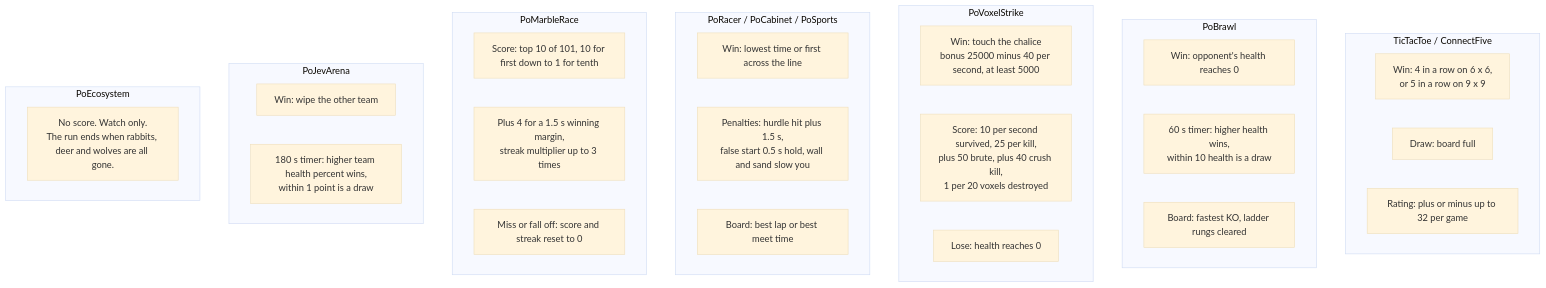
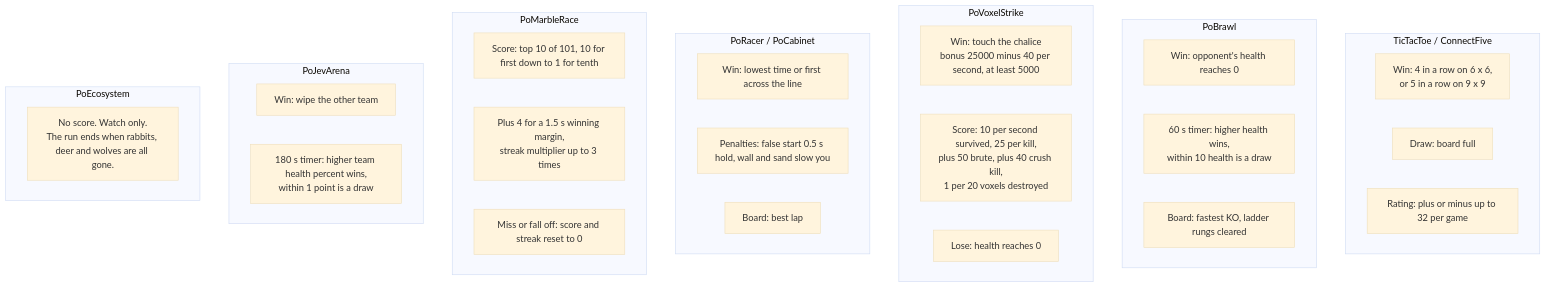
Before and after one commit to punkouter26/PoMiniGames: the eighth of 10 diagrams in DOCS/20261003/architecture_overview.md, drawn with Mermaid (base theme). The commit also changed other lines of this file and 163 other files, not shown here.

````diff
--- a/DOCS/20261003/architecture_overview.md
+++ b/DOCS/20261003/architecture_overview.md
@@ -249,35 +248,35 @@
 ```mermaid
 flowchart TB
     subgraph Board["TicTacToe / ConnectFive"]
         bw["Win: 4 in a row on 6 x 6,<br/>or 5 in a row on 9 x 9"]
         bd["Draw: board full"]
         be["Rating: plus or minus up to 32 per game"]
     end
     subgraph Brawl["PoBrawl"]
         pw["Win: opponent's health reaches 0"]
         pt["60 s timer: higher health wins,<br/>within 10 health is a draw"]
         pl["Board: fastest KO, ladder rungs cleared"]
     end
     subgraph Voxel["PoVoxelStrike"]
         vw["Win: touch the chalice<br/>bonus 25000 minus 40 per second, at least 5000"]
         vs["Score: 10 per second survived, 25 per kill,<br/>plus 50 brute, plus 40 crush kill,<br/>1 per 20 voxels destroyed"]
         vl["Lose: health reaches 0"]
     end
-    subgraph Race["PoRacer / PoCabinet / PoSports"]
+    subgraph Race["PoRacer / PoCabinet"]
         rw["Win: lowest time or first across the line"]
-        rp["Penalties: hurdle hit plus 1.5 s,<br/>false start 0.5 s hold, wall and sand slow you"]
-        rb["Board: best lap or best meet time"]
+        rp["Penalties: false start 0.5 s hold, wall and sand slow you"]
+        rb["Board: best lap"]
     end
     subgraph Marble["PoMarbleRace"]
         mw["Score: top 10 of 101, 10 for first down to 1 for tenth"]
         mb["Plus 4 for a 1.5 s winning margin,<br/>streak multiplier up to 3 times"]
         ml["Miss or fall off: score and streak reset to 0"]
     end
     subgraph Arena["PoJevArena"]
         aw["Win: wipe the other team"]
         at["180 s timer: higher team health percent wins,<br/>within 1 point is a draw"]
     end
     subgraph Eco["PoEcosystem"]
         ew["No score. Watch only.<br/>The run ends when rabbits, deer and wolves are all gone."]
     end
 ```
````
